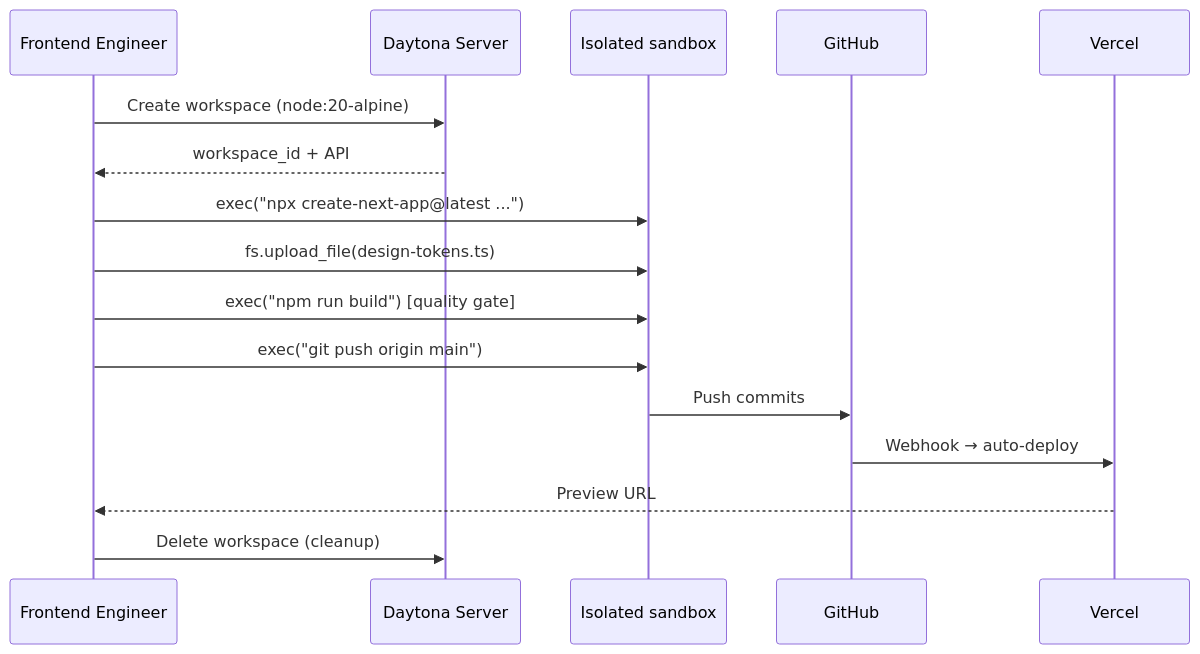
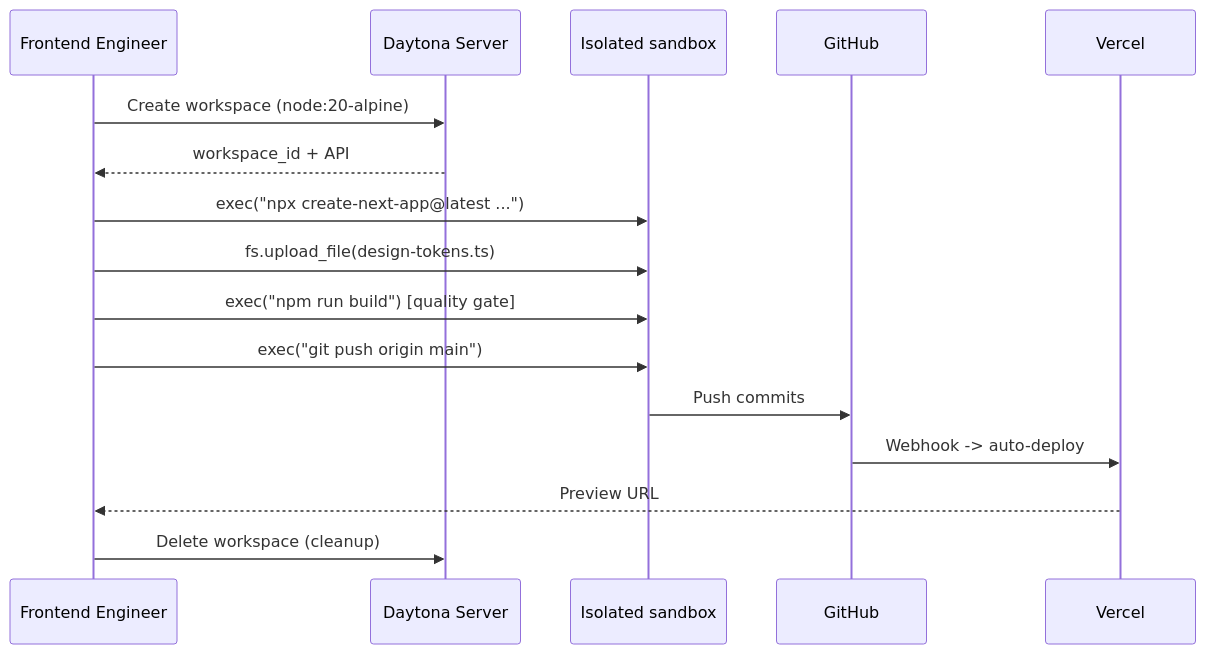
The third of 4 diagrams in docs/07-infrastructure.md (snowby666/forge), drawn with Mermaid before and after one commit. The commit also changed other lines of this file and 7 other files, not shown here.

````diff
--- a/docs/07-infrastructure.md
+++ b/docs/07-infrastructure.md
@@ -157,19 +157,19 @@
 ```mermaid
 sequenceDiagram
     participant FE as Frontend Engineer
     participant DYT as Daytona Server
     participant SBX as Isolated sandbox
     participant GH as GitHub
     participant VCL as Vercel
 
     FE->>DYT: Create workspace (node:20-alpine)
     DYT-->>FE: workspace_id + API
     FE->>SBX: exec("npx create-next-app@latest ...")
     FE->>SBX: fs.upload_file(design-tokens.ts)
     FE->>SBX: exec("npm run build") [quality gate]
     FE->>SBX: exec("git push origin main")
     SBX->>GH: Push commits
-    GH->>VCL: Webhook → auto-deploy
+    GH->>VCL: Webhook -> auto-deploy
     VCL-->>FE: Preview URL
     FE->>DYT: Delete workspace (cleanup)
 ```
````
